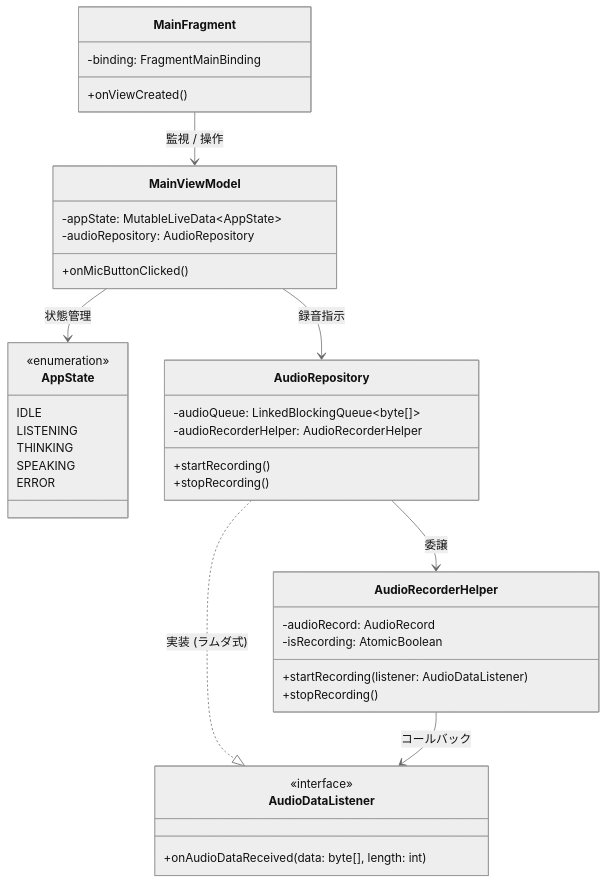
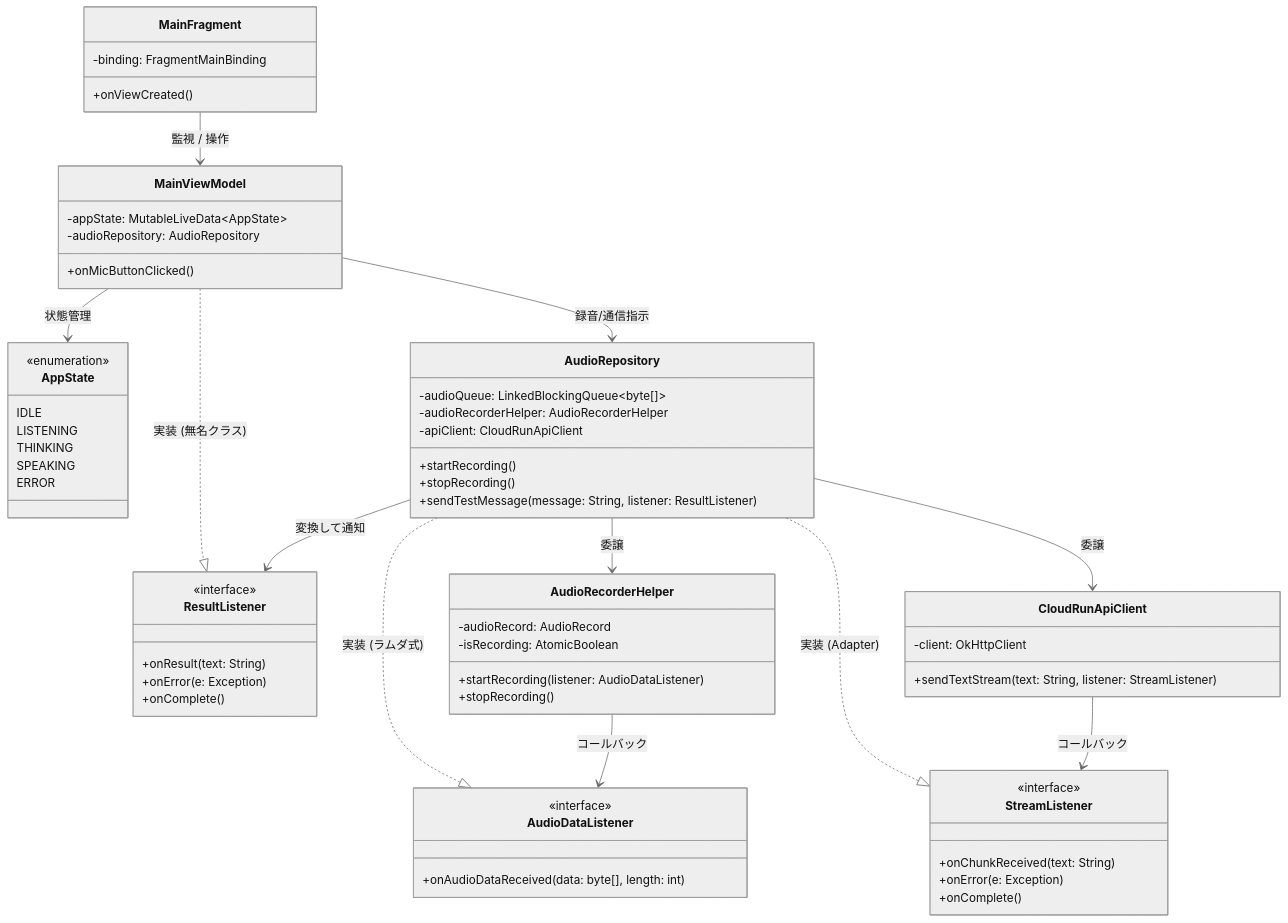
Before and after one commit to rotani/android-study: the first of 3 diagrams in README.md, drawn with Mermaid (neutral theme). The commit also changed other lines of this file and 7 other files, not shown here.

````diff
--- a/README.md
+++ b/README.md
@@ -14,43 +14,68 @@
 ```mermaid
 classDiagram
     class MainFragment {
         -binding: FragmentMainBinding
         +onViewCreated()
     }
     class MainViewModel {
         -appState: MutableLiveData~AppState~
         -audioRepository: AudioRepository
         +onMicButtonClicked()
     }
     class AppState {
         <<enumeration>>
         IDLE
         LISTENING
         THINKING
         SPEAKING
         ERROR
     }
     class AudioRepository {
         -audioQueue: LinkedBlockingQueue~byte[]~
         -audioRecorderHelper: AudioRecorderHelper
+        -apiClient: CloudRunApiClient
         +startRecording()
         +stopRecording()
+        +sendTestMessage(message: String, listener: ResultListener)
+    }
+    class ResultListener {
+        <<interface>>
+        +onResult(text: String)
+        +onError(e: Exception)
+        +onComplete()
     }
     class AudioRecorderHelper {
         -audioRecord: AudioRecord
         -isRecording: AtomicBoolean
         +startRecording(listener: AudioDataListener)
         +stopRecording()
     }
     class AudioDataListener {
         <<interface>>
         +onAudioDataReceived(data: byte[], length: int)
     }
+    class CloudRunApiClient {
+        -client: OkHttpClient
+        +sendTextStream(text: String, listener: StreamListener)
+    }
+    class StreamListener {
+        <<interface>>
+        +onChunkReceived(text: String)
+        +onError(e: Exception)
+        +onComplete()
+    }
 
     MainFragment --> MainViewModel : 監視 / 操作
     MainViewModel --> AppState : 状態管理
-    MainViewModel --> AudioRepository : 録音指示
+    MainViewModel --> AudioRepository : 録音/通信指示
+    MainViewModel ..|> ResultListener : 実装 (無名クラス)
+
     AudioRepository --> AudioRecorderHelper : 委譲
     AudioRepository ..|> AudioDataListener : 実装 (ラムダ式)
     AudioRecorderHelper --> AudioDataListener : コールバック
+
+    AudioRepository --> CloudRunApiClient : 委譲
+    AudioRepository ..|> StreamListener : 実装 (Adapter)
+    AudioRepository --> ResultListener : 変換して通知
+    CloudRunApiClient --> StreamListener : コールバック
 ```
````
